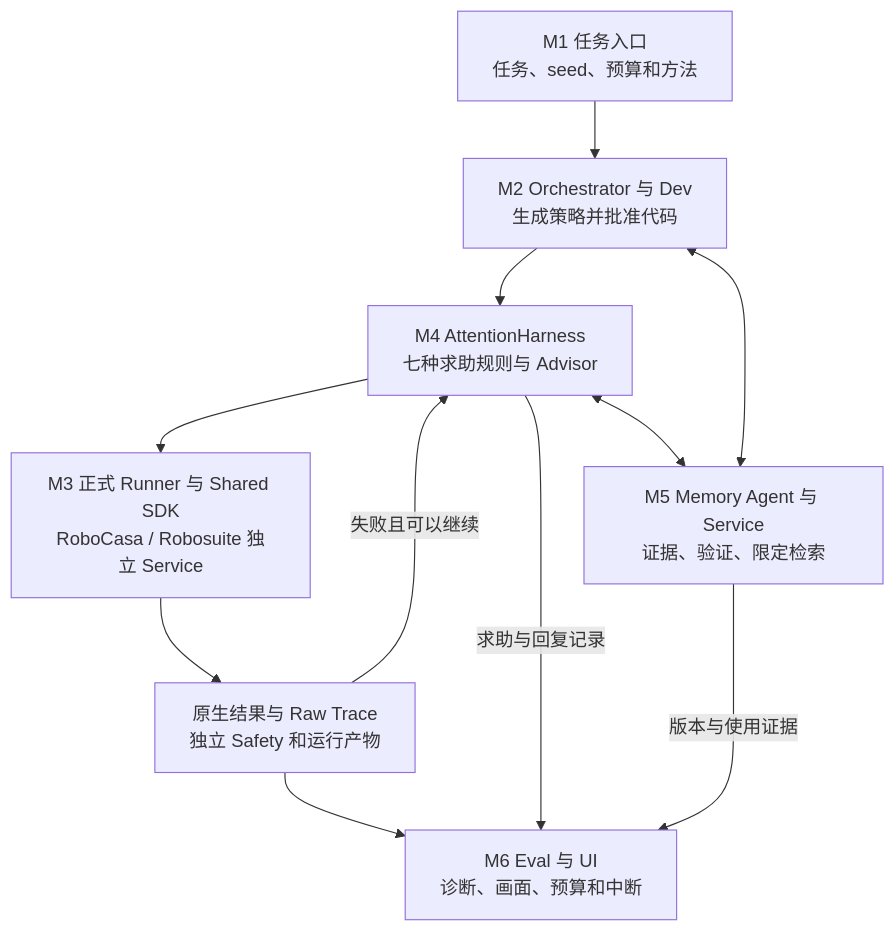
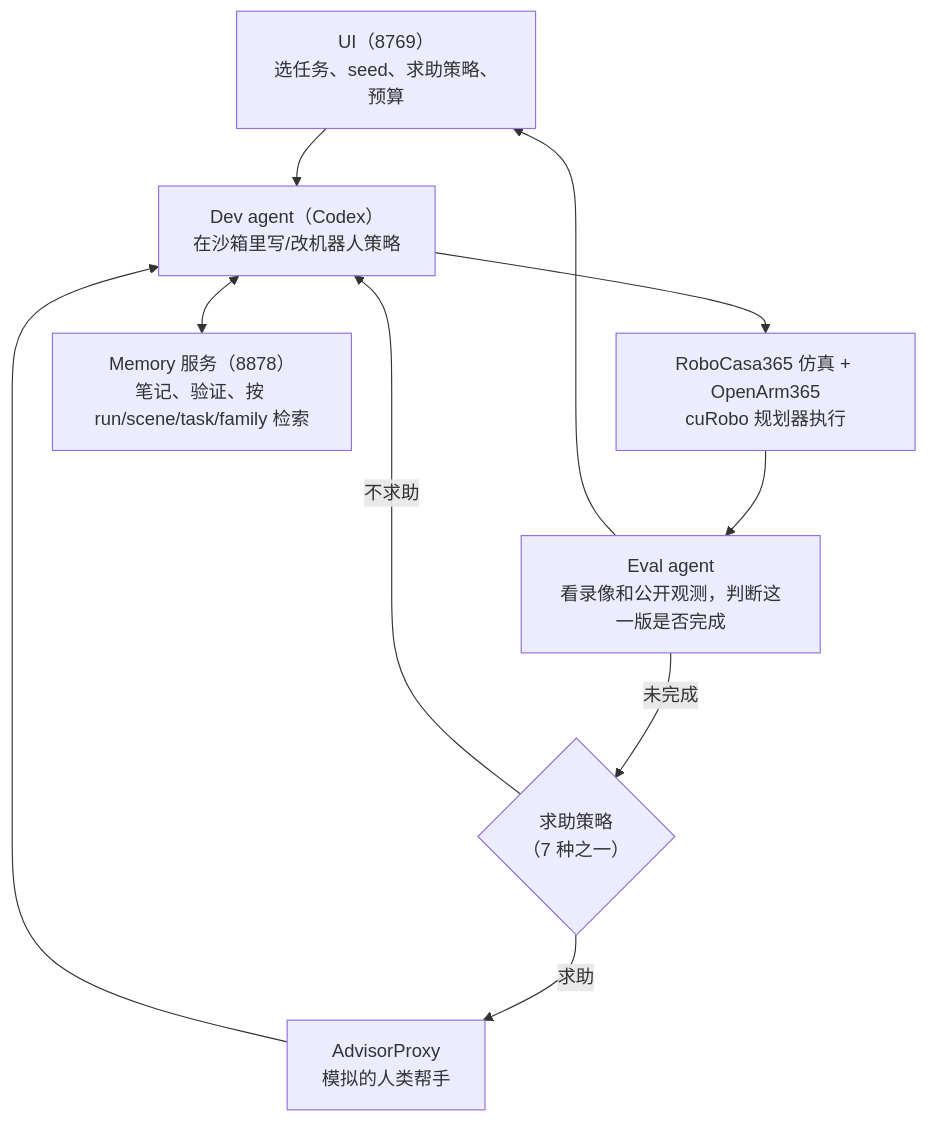
Before and after one commit to TidyBot-Services/Tidybot-Universe: the diagram in docs/attentionbench_project_guide.md, drawn with Mermaid. The commit also changed other lines of this file and 9 other files, not shown here.

````diff
--- a/docs/attentionbench_project_guide.md
+++ b/docs/attentionbench_project_guide.md
@@ -16,13 +16,12 @@
 ```mermaid
 flowchart TD
-    M1["M1 任务入口<br/>任务、seed、预算和方法"] --> M2["M2 Orchestrator 与 Dev<br/>生成策略并批准代码"]
-    M2 --> M4["M4 AttentionHarness<br/>七种求助规则与 Advisor"]
-    M4 --> M3["M3 正式 Runner 与 Shared SDK<br/>RoboCasa / Robosuite 独立 Service"]
-    M3 --> T["原生结果与 Raw Trace<br/>独立 Safety 和运行产物"]
-    T -- "失败且可以继续" --> M4
-    M4 <--> M5["M5 Memory Agent 与 Service<br/>证据、验证、限定检索"]
-    M2 <--> M5
-    T --> M6["M6 Eval 与 UI<br/>诊断、画面、预算和中断"]
-    M4 -- "求助与回复记录" --> M6
-    M5 -- "版本与使用证据" --> M6
+    UI["UI（8769）<br/>选任务、seed、求助策略、预算"] --> DEV["Dev agent（Codex）<br/>在沙箱里写/改机器人策略"]
+    DEV --> SIM["RoboCasa365 仿真 + OpenArm365<br/>cuRobo 规划器执行"]
+    SIM --> EVAL["Eval agent<br/>看录像和公开观测，判断这一版是否完成"]
+    EVAL -- "未完成" --> POL{"求助策略<br/>（7 种之一）"}
+    POL -- "求助" --> ADV["AdvisorProxy<br/>模拟的人类帮手"]
+    ADV --> DEV
+    POL -- "不求助" --> DEV
+    DEV <--> MEM["Memory 服务（8878）<br/>笔记、验证、按 run/scene/task/family 检索"]
+    EVAL --> UI
 ```
````
